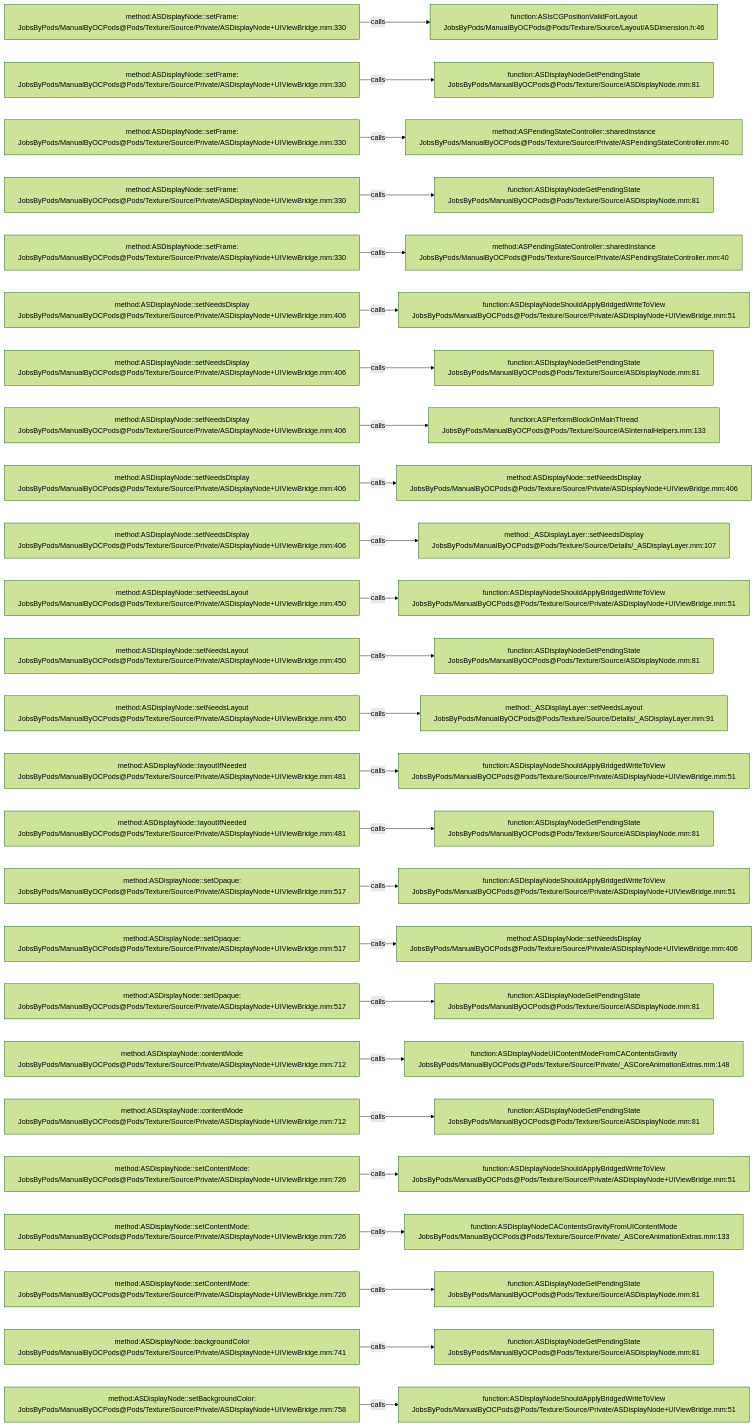
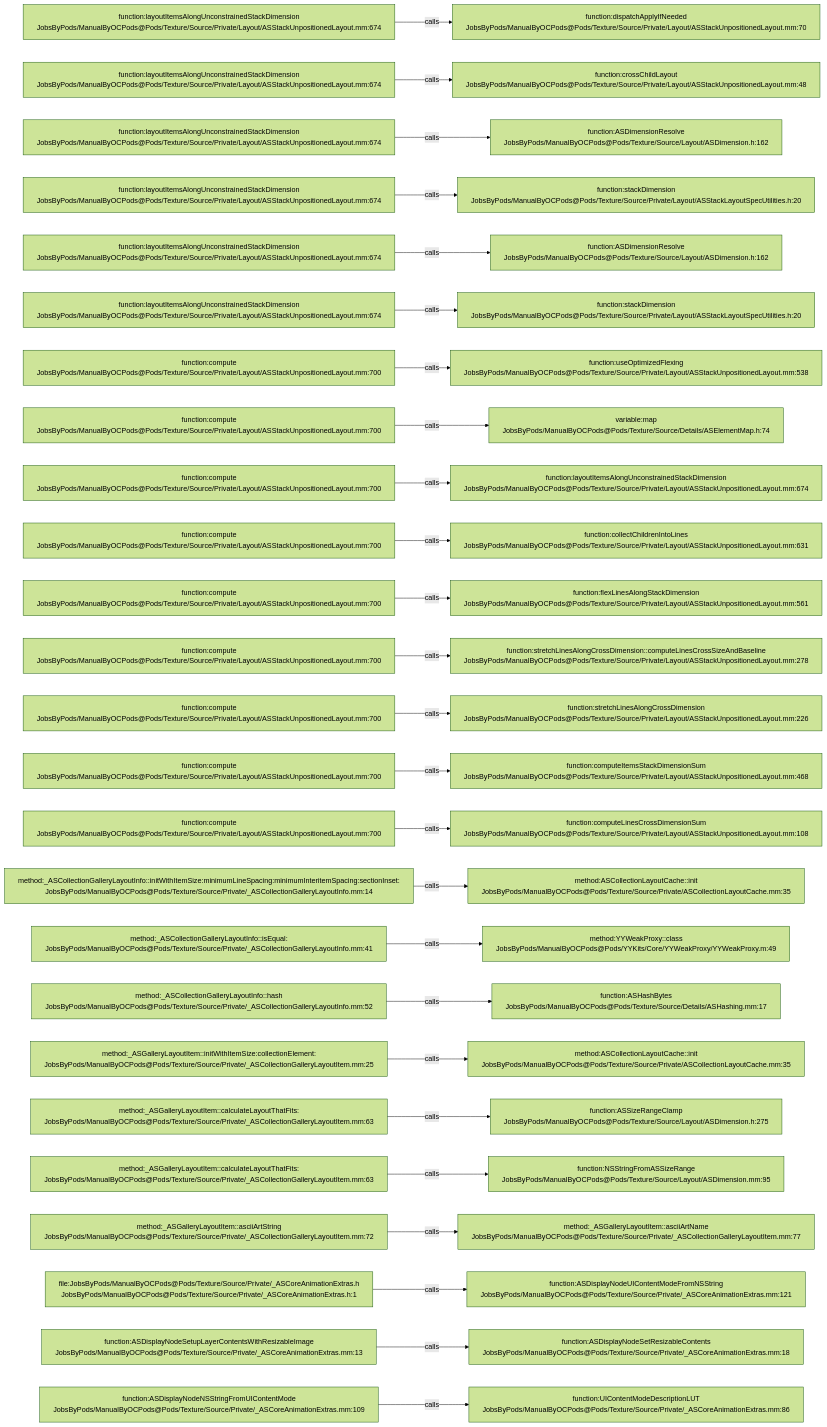
Before and after one commit to JobsKits/JobsOCBaseConfigDemo: the diagram in .codegraph/codegraph.md/graphs/calls-180.md, drawn with Mermaid (forest theme). The commit also changed 2723 other files, not shown here.

````diff
--- a/.codegraph/codegraph.md/graphs/calls-180.md
+++ b/.codegraph/codegraph.md/graphs/calls-180.md
@@ -13,78 +13,78 @@
 ```mermaid
 flowchart LR
-  S1["method:ASDisplayNode::setFrame:<br/>JobsByPods/ManualByOCPods@Pods/Texture/Source/Private/ASDisplayNode+UIViewBridge.mm:330"]
-  T1["function:ASIsCGPositionValidForLayout<br/>JobsByPods/ManualByOCPods@Pods/Texture/Source/Layout/ASDimension.h:46"]
+  S1["function:layoutItemsAlongUnconstrainedStackDimension<br/>JobsByPods/ManualByOCPods@Pods/Texture/Source/Private/Layout/ASStackUnpositionedLayout.mm:674"]
+  T1["function:dispatchApplyIfNeeded<br/>JobsByPods/ManualByOCPods@Pods/Texture/Source/Private/Layout/ASStackUnpositionedLayout.mm:70"]
   S1 -->|calls| T1
-  S2["method:ASDisplayNode::setFrame:<br/>JobsByPods/ManualByOCPods@Pods/Texture/Source/Private/ASDisplayNode+UIViewBridge.mm:330"]
-  T2["function:ASDisplayNodeGetPendingState<br/>JobsByPods/ManualByOCPods@Pods/Texture/Source/ASDisplayNode.mm:81"]
+  S2["function:layoutItemsAlongUnconstrainedStackDimension<br/>JobsByPods/ManualByOCPods@Pods/Texture/Source/Private/Layout/ASStackUnpositionedLayout.mm:674"]
+  T2["function:crossChildLayout<br/>JobsByPods/ManualByOCPods@Pods/Texture/Source/Private/Layout/ASStackUnpositionedLayout.mm:48"]
   S2 -->|calls| T2
-  S3["method:ASDisplayNode::setFrame:<br/>JobsByPods/ManualByOCPods@Pods/Texture/Source/Private/ASDisplayNode+UIViewBridge.mm:330"]
-  T3["method:ASPendingStateController::sharedInstance<br/>JobsByPods/ManualByOCPods@Pods/Texture/Source/Private/ASPendingStateController.mm:40"]
+  S3["function:layoutItemsAlongUnconstrainedStackDimension<br/>JobsByPods/ManualByOCPods@Pods/Texture/Source/Private/Layout/ASStackUnpositionedLayout.mm:674"]
+  T3["function:ASDimensionResolve<br/>JobsByPods/ManualByOCPods@Pods/Texture/Source/Layout/ASDimension.h:162"]
   S3 -->|calls| T3
-  S4["method:ASDisplayNode::setFrame:<br/>JobsByPods/ManualByOCPods@Pods/Texture/Source/Private/ASDisplayNode+UIViewBridge.mm:330"]
-  T4["function:ASDisplayNodeGetPendingState<br/>JobsByPods/ManualByOCPods@Pods/Texture/Source/ASDisplayNode.mm:81"]
+  S4["function:layoutItemsAlongUnconstrainedStackDimension<br/>JobsByPods/ManualByOCPods@Pods/Texture/Source/Private/Layout/ASStackUnpositionedLayout.mm:674"]
+  T4["function:stackDimension<br/>JobsByPods/ManualByOCPods@Pods/Texture/Source/Private/Layout/ASStackLayoutSpecUtilities.h:20"]
   S4 -->|calls| T4
-  S5["method:ASDisplayNode::setFrame:<br/>JobsByPods/ManualByOCPods@Pods/Texture/Source/Private/ASDisplayNode+UIViewBridge.mm:330"]
-  T5["method:ASPendingStateController::sharedInstance<br/>JobsByPods/ManualByOCPods@Pods/Texture/Source/Private/ASPendingStateController.mm:40"]
+  S5["function:layoutItemsAlongUnconstrainedStackDimension<br/>JobsByPods/ManualByOCPods@Pods/Texture/Source/Private/Layout/ASStackUnpositionedLayout.mm:674"]
+  T5["function:ASDimensionResolve<br/>JobsByPods/ManualByOCPods@Pods/Texture/Source/Layout/ASDimension.h:162"]
   S5 -->|calls| T5
-  S6["method:ASDisplayNode::setNeedsDisplay<br/>JobsByPods/ManualByOCPods@Pods/Texture/Source/Private/ASDisplayNode+UIViewBridge.mm:406"]
-  T6["function:ASDisplayNodeShouldApplyBridgedWriteToView<br/>JobsByPods/ManualByOCPods@Pods/Texture/Source/Private/ASDisplayNode+UIViewBridge.mm:51"]
+  S6["function:layoutItemsAlongUnconstrainedStackDimension<br/>JobsByPods/ManualByOCPods@Pods/Texture/Source/Private/Layout/ASStackUnpositionedLayout.mm:674"]
+  T6["function:stackDimension<br/>JobsByPods/ManualByOCPods@Pods/Texture/Source/Private/Layout/ASStackLayoutSpecUtilities.h:20"]
   S6 -->|calls| T6
-  S7["method:ASDisplayNode::setNeedsDisplay<br/>JobsByPods/ManualByOCPods@Pods/Texture/Source/Private/ASDisplayNode+UIViewBridge.mm:406"]
-  T7["function:ASDisplayNodeGetPendingState<br/>JobsByPods/ManualByOCPods@Pods/Texture/Source/ASDisplayNode.mm:81"]
+  S7["function:compute<br/>JobsByPods/ManualByOCPods@Pods/Texture/Source/Private/Layout/ASStackUnpositionedLayout.mm:700"]
+  T7["function:useOptimizedFlexing<br/>JobsByPods/ManualByOCPods@Pods/Texture/Source/Private/Layout/ASStackUnpositionedLayout.mm:538"]
   S7 -->|calls| T7
-  S8["method:ASDisplayNode::setNeedsDisplay<br/>JobsByPods/ManualByOCPods@Pods/Texture/Source/Private/ASDisplayNode+UIViewBridge.mm:406"]
-  T8["function:ASPerformBlockOnMainThread<br/>JobsByPods/ManualByOCPods@Pods/Texture/Source/ASInternalHelpers.mm:133"]
+  S8["function:compute<br/>JobsByPods/ManualByOCPods@Pods/Texture/Source/Private/Layout/ASStackUnpositionedLayout.mm:700"]
+  T8["variable:map<br/>JobsByPods/ManualByOCPods@Pods/Texture/Source/Details/ASElementMap.h:74"]
   S8 -->|calls| T8
-  S9["method:ASDisplayNode::setNeedsDisplay<br/>JobsByPods/ManualByOCPods@Pods/Texture/Source/Private/ASDisplayNode+UIViewBridge.mm:406"]
-  T9["method:ASDisplayNode::setNeedsDisplay<br/>JobsByPods/ManualByOCPods@Pods/Texture/Source/Private/ASDisplayNode+UIViewBridge.mm:406"]
+  S9["function:compute<br/>JobsByPods/ManualByOCPods@Pods/Texture/Source/Private/Layout/ASStackUnpositionedLayout.mm:700"]
+  T9["function:layoutItemsAlongUnconstrainedStackDimension<br/>JobsByPods/ManualByOCPods@Pods/Texture/Source/Private/Layout/ASStackUnpositionedLayout.mm:674"]
   S9 -->|calls| T9
-  S10["method:ASDisplayNode::setNeedsDisplay<br/>JobsByPods/ManualByOCPods@Pods/Texture/Source/Private/ASDisplayNode+UIViewBridge.mm:406"]
-  T10["method:_ASDisplayLayer::setNeedsDisplay<br/>JobsByPods/ManualByOCPods@Pods/Texture/Source/Details/_ASDisplayLayer.mm:107"]
+  S10["function:compute<br/>JobsByPods/ManualByOCPods@Pods/Texture/Source/Private/Layout/ASStackUnpositionedLayout.mm:700"]
+  T10["function:collectChildrenIntoLines<br/>JobsByPods/ManualByOCPods@Pods/Texture/Source/Private/Layout/ASStackUnpositionedLayout.mm:631"]
   S10 -->|calls| T10
-  S11["method:ASDisplayNode::setNeedsLayout<br/>JobsByPods/ManualByOCPods@Pods/Texture/Source/Private/ASDisplayNode+UIViewBridge.mm:450"]
-  T11["function:ASDisplayNodeShouldApplyBridgedWriteToView<br/>JobsByPods/ManualByOCPods@Pods/Texture/Source/Private/ASDisplayNode+UIViewBridge.mm:51"]
+  S11["function:compute<br/>JobsByPods/ManualByOCPods@Pods/Texture/Source/Private/Layout/ASStackUnpositionedLayout.mm:700"]
+  T11["function:flexLinesAlongStackDimension<br/>JobsByPods/ManualByOCPods@Pods/Texture/Source/Private/Layout/ASStackUnpositionedLayout.mm:561"]
   S11 -->|calls| T11
-  S12["method:ASDisplayNode::setNeedsLayout<br/>JobsByPods/ManualByOCPods@Pods/Texture/Source/Private/ASDisplayNode+UIViewBridge.mm:450"]
-  T12["function:ASDisplayNodeGetPendingState<br/>JobsByPods/ManualByOCPods@Pods/Texture/Source/ASDisplayNode.mm:81"]
+  S12["function:compute<br/>JobsByPods/ManualByOCPods@Pods/Texture/Source/Private/Layout/ASStackUnpositionedLayout.mm:700"]
+  T12["function:stretchLinesAlongCrossDimension::computeLinesCrossSizeAndBaseline<br/>JobsByPods/ManualByOCPods@Pods/Texture/Source/Private/Layout/ASStackUnpositionedLayout.mm:278"]
   S12 -->|calls| T12
-  S13["method:ASDisplayNode::setNeedsLayout<br/>JobsByPods/ManualByOCPods@Pods/Texture/Source/Private/ASDisplayNode+UIViewBridge.mm:450"]
-  T13["method:_ASDisplayLayer::setNeedsLayout<br/>JobsByPods/ManualByOCPods@Pods/Texture/Source/Details/_ASDisplayLayer.mm:91"]
+  S13["function:compute<br/>JobsByPods/ManualByOCPods@Pods/Texture/Source/Private/Layout/ASStackUnpositionedLayout.mm:700"]
+  T13["function:stretchLinesAlongCrossDimension<br/>JobsByPods/ManualByOCPods@Pods/Texture/Source/Private/Layout/ASStackUnpositionedLayout.mm:226"]
   S13 -->|calls| T13
-  S14["method:ASDisplayNode::layoutIfNeeded<br/>JobsByPods/ManualByOCPods@Pods/Texture/Source/Private/ASDisplayNode+UIViewBridge.mm:481"]
-  T14["function:ASDisplayNodeShouldApplyBridgedWriteToView<br/>JobsByPods/ManualByOCPods@Pods/Texture/Source/Private/ASDisplayNode+UIViewBridge.mm:51"]
+  S14["function:compute<br/>JobsByPods/ManualByOCPods@Pods/Texture/Source/Private/Layout/ASStackUnpositionedLayout.mm:700"]
+  T14["function:computeItemsStackDimensionSum<br/>JobsByPods/ManualByOCPods@Pods/Texture/Source/Private/Layout/ASStackUnpositionedLayout.mm:468"]
   S14 -->|calls| T14
-  S15["method:ASDisplayNode::layoutIfNeeded<br/>JobsByPods/ManualByOCPods@Pods/Texture/Source/Private/ASDisplayNode+UIViewBridge.mm:481"]
-  T15["function:ASDisplayNodeGetPendingState<br/>JobsByPods/ManualByOCPods@Pods/Texture/Source/ASDisplayNode.mm:81"]
+  S15["function:compute<br/>JobsByPods/ManualByOCPods@Pods/Texture/Source/Private/Layout/ASStackUnpositionedLayout.mm:700"]
+  T15["function:computeLinesCrossDimensionSum<br/>JobsByPods/ManualByOCPods@Pods/Texture/Source/Private/Layout/ASStackUnpositionedLayout.mm:108"]
   S15 -->|calls| T15
-  S16["method:ASDisplayNode::setOpaque:<br/>JobsByPods/ManualByOCPods@Pods/Texture/Source/Private/ASDisplayNode+UIViewBridge.mm:517"]
-  T16["function:ASDisplayNodeShouldApplyBridgedWriteToView<br/>JobsByPods/ManualByOCPods@Pods/Texture/Source/Private/ASDisplayNode+UIViewBridge.mm:51"]
+  S16["method:_ASCollectionGalleryLayoutInfo::initWithItemSize:minimumLineSpacing:minimumInteritemSpacing:sectionInset:<br/>JobsByPods/ManualByOCPods@Pods/Texture/Source/Private/_ASCollectionGalleryLayoutInfo.mm:14"]
+  T16["method:ASCollectionLayoutCache::init<br/>JobsByPods/ManualByOCPods@Pods/Texture/Source/Private/ASCollectionLayoutCache.mm:35"]
   S16 -->|calls| T16
-  S17["method:ASDisplayNode::setOpaque:<br/>JobsByPods/ManualByOCPods@Pods/Texture/Source/Private/ASDisplayNode+UIViewBridge.mm:517"]
-  T17["method:ASDisplayNode::setNeedsDisplay<br/>JobsByPods/ManualByOCPods@Pods/Texture/Source/Private/ASDisplayNode+UIViewBridge.mm:406"]
+  S17["method:_ASCollectionGalleryLayoutInfo::isEqual:<br/>JobsByPods/ManualByOCPods@Pods/Texture/Source/Private/_ASCollectionGalleryLayoutInfo.mm:41"]
+  T17["method:YYWeakProxy::class<br/>JobsByPods/ManualByOCPods@Pods/YYKits/Core/YYWeakProxy/YYWeakProxy.m:49"]
   S17 -->|calls| T17
-  S18["method:ASDisplayNode::setOpaque:<br/>JobsByPods/ManualByOCPods@Pods/Texture/Source/Private/ASDisplayNode+UIViewBridge.mm:517"]
-  T18["function:ASDisplayNodeGetPendingState<br/>JobsByPods/ManualByOCPods@Pods/Texture/Source/ASDisplayNode.mm:81"]
+  S18["method:_ASCollectionGalleryLayoutInfo::hash<br/>JobsByPods/ManualByOCPods@Pods/Texture/Source/Private/_ASCollectionGalleryLayoutInfo.mm:52"]
+  T18["function:ASHashBytes<br/>JobsByPods/ManualByOCPods@Pods/Texture/Source/Details/ASHashing.mm:17"]
   S18 -->|calls| T18
-  S19["method:ASDisplayNode::contentMode<br/>JobsByPods/ManualByOCPods@Pods/Texture/Source/Private/ASDisplayNode+UIViewBridge.mm:712"]
-  T19["function:ASDisplayNodeUIContentModeFromCAContentsGravity<br/>JobsByPods/ManualByOCPods@Pods/Texture/Source/Private/_ASCoreAnimationExtras.mm:148"]
+  S19["method:_ASGalleryLayoutItem::initWithItemSize:collectionElement:<br/>JobsByPods/ManualByOCPods@Pods/Texture/Source/Private/_ASCollectionGalleryLayoutItem.mm:25"]
+  T19["method:ASCollectionLayoutCache::init<br/>JobsByPods/ManualByOCPods@Pods/Texture/Source/Private/ASCollectionLayoutCache.mm:35"]
   S19 -->|calls| T19
-  S20["method:ASDisplayNode::contentMode<br/>JobsByPods/ManualByOCPods@Pods/Texture/Source/Private/ASDisplayNode+UIViewBridge.mm:712"]
-  T20["function:ASDisplayNodeGetPendingState<br/>JobsByPods/ManualByOCPods@Pods/Texture/Source/ASDisplayNode.mm:81"]
+  S20["method:_ASGalleryLayoutItem::calculateLayoutThatFits:<br/>JobsByPods/ManualByOCPods@Pods/Texture/Source/Private/_ASCollectionGalleryLayoutItem.mm:63"]
+  T20["function:ASSizeRangeClamp<br/>JobsByPods/ManualByOCPods@Pods/Texture/Source/Layout/ASDimension.h:275"]
   S20 -->|calls| T20
-  S21["method:ASDisplayNode::setContentMode:<br/>JobsByPods/ManualByOCPods@Pods/Texture/Source/Private/ASDisplayNode+UIViewBridge.mm:726"]
-  T21["function:ASDisplayNodeShouldApplyBridgedWriteToView<br/>JobsByPods/ManualByOCPods@Pods/Texture/Source/Private/ASDisplayNode+UIViewBridge.mm:51"]
+  S21["method:_ASGalleryLayoutItem::calculateLayoutThatFits:<br/>JobsByPods/ManualByOCPods@Pods/Texture/Source/Private/_ASCollectionGalleryLayoutItem.mm:63"]
+  T21["function:NSStringFromASSizeRange<br/>JobsByPods/ManualByOCPods@Pods/Texture/Source/Layout/ASDimension.mm:95"]
   S21 -->|calls| T21
-  S22["method:ASDisplayNode::setContentMode:<br/>JobsByPods/ManualByOCPods@Pods/Texture/Source/Private/ASDisplayNode+UIViewBridge.mm:726"]
-  T22["function:ASDisplayNodeCAContentsGravityFromUIContentMode<br/>JobsByPods/ManualByOCPods@Pods/Texture/Source/Private/_ASCoreAnimationExtras.mm:133"]
+  S22["method:_ASGalleryLayoutItem::asciiArtString<br/>JobsByPods/ManualByOCPods@Pods/Texture/Source/Private/_ASCollectionGalleryLayoutItem.mm:72"]
+  T22["method:_ASGalleryLayoutItem::asciiArtName<br/>JobsByPods/ManualByOCPods@Pods/Texture/Source/Private/_ASCollectionGalleryLayoutItem.mm:77"]
   S22 -->|calls| T22
-  S23["method:ASDisplayNode::setContentMode:<br/>JobsByPods/ManualByOCPods@Pods/Texture/Source/Private/ASDisplayNode+UIViewBridge.mm:726"]
-  T23["function:ASDisplayNodeGetPendingState<br/>JobsByPods/ManualByOCPods@Pods/Texture/Source/ASDisplayNode.mm:81"]
+  S23["file:JobsByPods/ManualByOCPods@Pods/Texture/Source/Private/_ASCoreAnimationExtras.h<br/>JobsByPods/ManualByOCPods@Pods/Texture/Source/Private/_ASCoreAnimationExtras.h:1"]
+  T23["function:ASDisplayNodeUIContentModeFromNSString<br/>JobsByPods/ManualByOCPods@Pods/Texture/Source/Private/_ASCoreAnimationExtras.mm:121"]
   S23 -->|calls| T23
-  S24["method:ASDisplayNode::backgroundColor<br/>JobsByPods/ManualByOCPods@Pods/Texture/Source/Private/ASDisplayNode+UIViewBridge.mm:741"]
-  T24["function:ASDisplayNodeGetPendingState<br/>JobsByPods/ManualByOCPods@Pods/Texture/Source/ASDisplayNode.mm:81"]
+  S24["function:ASDisplayNodeSetupLayerContentsWithResizableImage<br/>JobsByPods/ManualByOCPods@Pods/Texture/Source/Private/_ASCoreAnimationExtras.mm:13"]
+  T24["function:ASDisplayNodeSetResizableContents<br/>JobsByPods/ManualByOCPods@Pods/Texture/Source/Private/_ASCoreAnimationExtras.mm:18"]
   S24 -->|calls| T24
-  S25["method:ASDisplayNode::setBackgroundColor:<br/>JobsByPods/ManualByOCPods@Pods/Texture/Source/Private/ASDisplayNode+UIViewBridge.mm:758"]
-  T25["function:ASDisplayNodeShouldApplyBridgedWriteToView<br/>JobsByPods/ManualByOCPods@Pods/Texture/Source/Private/ASDisplayNode+UIViewBridge.mm:51"]
+  S25["function:ASDisplayNodeNSStringFromUIContentMode<br/>JobsByPods/ManualByOCPods@Pods/Texture/Source/Private/_ASCoreAnimationExtras.mm:109"]
+  T25["function:UIContentModeDescriptionLUT<br/>JobsByPods/ManualByOCPods@Pods/Texture/Source/Private/_ASCoreAnimationExtras.mm:86"]
   S25 -->|calls| T25
 ```
````
